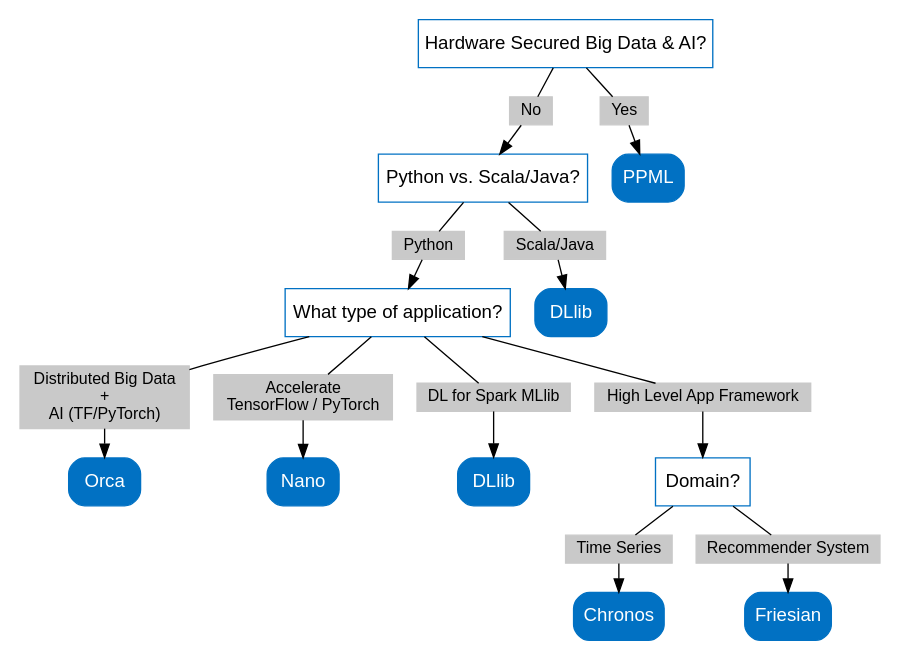
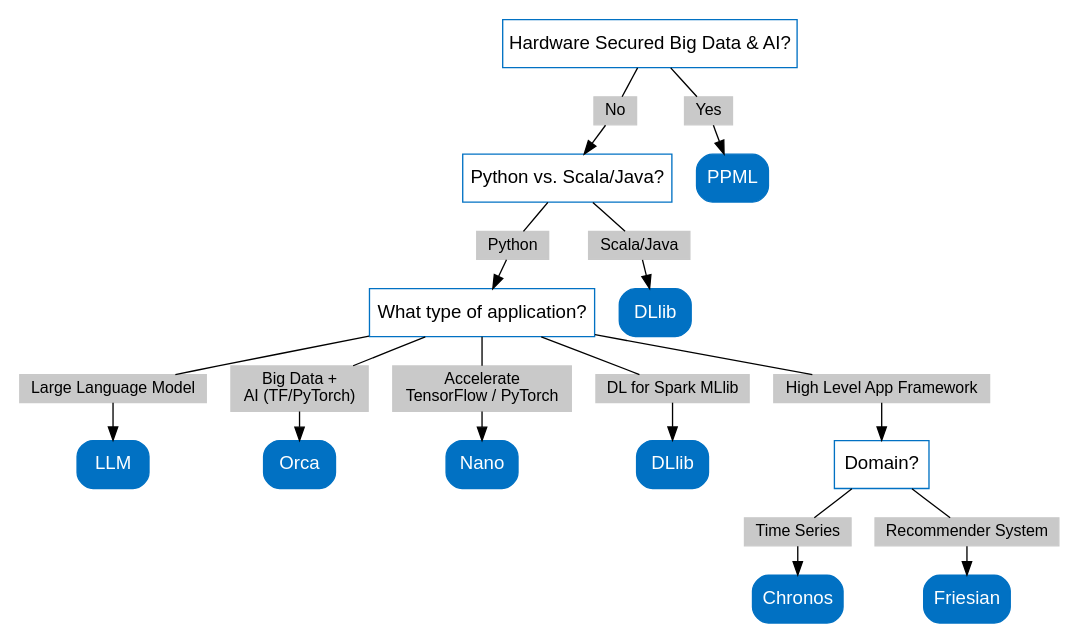
Before and after one commit to intel-analytics/ipex-llm: the diagram in docs/readthedocs/source/index.rst, drawn with Graphviz. The commit also changed other lines of this file and 2 other files, not shown here.

Commit message:
Update llm document (#8784)

```diff
--- a/docs/readthedocs/source/index.rst
+++ b/docs/readthedocs/source/index.rst
@@ -21,55 +31,59 @@
 .. graphviz::
 
     digraph BigDLDecisionTree {
         graph [pad=0.1 ranksep=0.3 tooltip=" "]
         node [color="#0171c3" shape=box fontname="Arial" fontsize=14 tooltip=" "]
         edge [tooltip=" "]
         
         Feature1 [label="Hardware Secured Big Data & AI?"]
         Feature2 [label="Python vs. Scala/Java?"]
         Feature3 [label="What type of application?"]
         Feature4 [label="Domain?"]
         
+        LLM[href="https://github.com/intel-analytics/BigDL/blob/main/python/llm" target="_blank" target="_blank" style="rounded,filled" fontcolor="#ffffff" tooltip="Go to BigDL-LLM document"]
         Orca[href="../doc/Orca/index.html" target="_blank" target="_blank" style="rounded,filled" fontcolor="#ffffff" tooltip="Go to BigDL-Orca document"]
         Nano[href="../doc/Nano/index.html" target="_blank" target="_blank" style="rounded,filled" fontcolor="#ffffff" tooltip="Go to BigDL-Nano document"]
         DLlib1[label="DLlib" href="../doc/DLlib/index.html" target="_blank" style="rounded,filled" fontcolor="#ffffff" tooltip="Go to BigDL-DLlib document"]
         DLlib2[label="DLlib" href="../doc/DLlib/index.html" target="_blank" style="rounded,filled" fontcolor="#ffffff" tooltip="Go to BigDL-DLlib document"]
         Chronos[href="../doc/Chronos/index.html" target="_blank" style="rounded,filled" fontcolor="#ffffff" tooltip="Go to BigDL-Chronos document"]
         Friesian[href="../doc/Friesian/index.html" target="_blank" style="rounded,filled" fontcolor="#ffffff" tooltip="Go to BigDL-Friesian document"]
         PPML[href="../doc/PPML/index.html" target="_blank" style="rounded,filled" fontcolor="#ffffff" tooltip="Go to BigDL-PPML document"]
         
         ArrowLabel1[label="No" fontsize=12 width=0.1 height=0.1 style=filled color="#c9c9c9"]
         ArrowLabel2[label="Yes" fontsize=12 width=0.1 height=0.1 style=filled color="#c9c9c9"]
         ArrowLabel3[label="Python" fontsize=12 width=0.1 height=0.1 style=filled color="#c9c9c9"]
         ArrowLabel4[label="Scala/Java" fontsize=12 width=0.1 height=0.1 style=filled color="#c9c9c9"]
-        ArrowLabel5[label="Distributed Big Data \n + \n AI (TF/PyTorch)" fontsize=12 width=0.1 height=0.1 style=filled color="#c9c9c9"]
-        ArrowLabel6[label="Accelerate \n TensorFlow / PyTorch" fontsize=12 width=0.1 height=0.1 style=filled color="#c9c9c9"]
-        ArrowLabel7[label="DL for Spark MLlib" fontsize=12 width=0.1 height=0.1 style=filled color="#c9c9c9"]
-        ArrowLabel8[label="High Level App Framework" fontsize=12 width=0.1 height=0.1 style=filled color="#c9c9c9"]
-        ArrowLabel9[label="Time Series" fontsize=12 width=0.1 height=0.1 style=filled color="#c9c9c9"]
-        ArrowLabel10[label="Recommender System" fontsize=12 width=0.1 height=0.1 style=filled color="#c9c9c9"]
+        ArrowLabel5[label="Large Language Model" fontsize=12 width=0.1 height=0.1 style=filled color="#c9c9c9"]
+        ArrowLabel6[label="Big Data + \n AI (TF/PyTorch)" fontsize=12 width=0.1 height=0.1 style=filled color="#c9c9c9"]
+        ArrowLabel7[label="Accelerate \n TensorFlow / PyTorch" fontsize=12 width=0.1 height=0.1 style=filled color="#c9c9c9"]
+        ArrowLabel8[label="DL for Spark MLlib" fontsize=12 width=0.1 height=0.1 style=filled color="#c9c9c9"]
+        ArrowLabel9[label="High Level App Framework" fontsize=12 width=0.1 height=0.1 style=filled color="#c9c9c9"]
+        ArrowLabel10[label="Time Series" fontsize=12 width=0.1 height=0.1 style=filled color="#c9c9c9"]
+        ArrowLabel11[label="Recommender System" fontsize=12 width=0.1 height=0.1 style=filled color="#c9c9c9"]
         
         Feature1 -> ArrowLabel1[dir=none]
         ArrowLabel1 -> Feature2
         Feature1 -> ArrowLabel2[dir=none]
         ArrowLabel2 -> PPML
         
         Feature2 -> ArrowLabel3[dir=none]
         ArrowLabel3 -> Feature3
         Feature2 -> ArrowLabel4[dir=none]
         ArrowLabel4 -> DLlib1
         
         Feature3 -> ArrowLabel5[dir=none]
-         ArrowLabel5 -> Orca
+        ArrowLabel5 -> LLM
         Feature3 -> ArrowLabel6[dir=none]
-        ArrowLabel6 -> Nano
+        ArrowLabel6 -> Orca
         Feature3 -> ArrowLabel7[dir=none]
-        ArrowLabel7 -> DLlib2
+        ArrowLabel7 -> Nano
         Feature3 -> ArrowLabel8[dir=none]
-        ArrowLabel8 -> Feature4
-        
-        Feature4 -> ArrowLabel9[dir=none]
-        ArrowLabel9 -> Chronos
+        ArrowLabel8 -> DLlib2
+        Feature3 -> ArrowLabel9[dir=none]
+        ArrowLabel9 -> Feature4
+     
         Feature4 -> ArrowLabel10[dir=none]
-        ArrowLabel10 -> Friesian
+        ArrowLabel10 -> Chronos
+        Feature4 -> ArrowLabel11[dir=none]
+        ArrowLabel11 -> Friesian
     }
```
